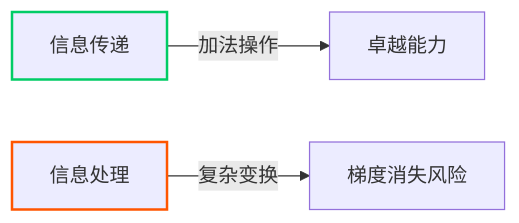
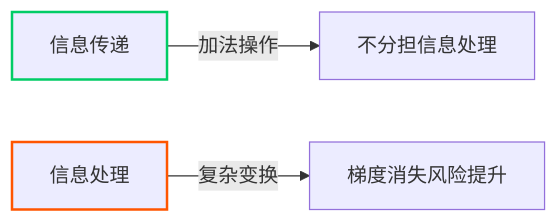
One commit to 57ws/Graph-Theory-Representation-of-Residual-Connection changed the fourth of 5 diagrams in README.md. Above: the diagram before and after it, drawn with Mermaid. The commit also changed other lines of this file, not shown here.

````diff
--- a/README.md
+++ b/README.md
@@ -113,7 +118,7 @@
 ```mermaid
 graph LR
-    A[信息传递] -- 加法操作 --> B[卓越能力]
-    C[信息处理] -- 复杂变换 --> D[梯度消失风险]
+    A[信息传递] -- 加法操作 --> B[不分担信息处理]
+    C[信息处理] -- 复杂变换 --> D[梯度消失风险提升]
     style A stroke:#00cc66,stroke-width:2px
     style C stroke:#ff5500,stroke-width:2px
 ```
````
